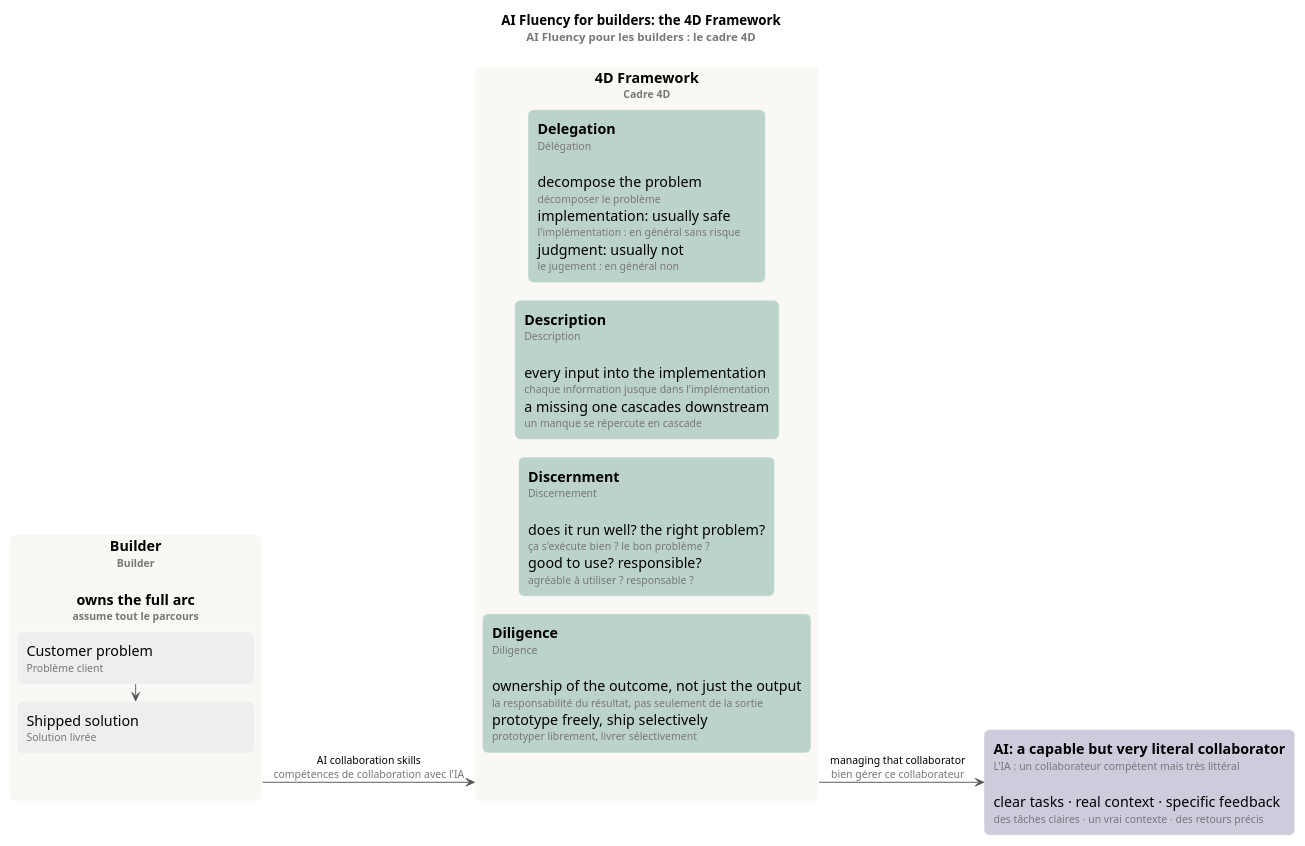
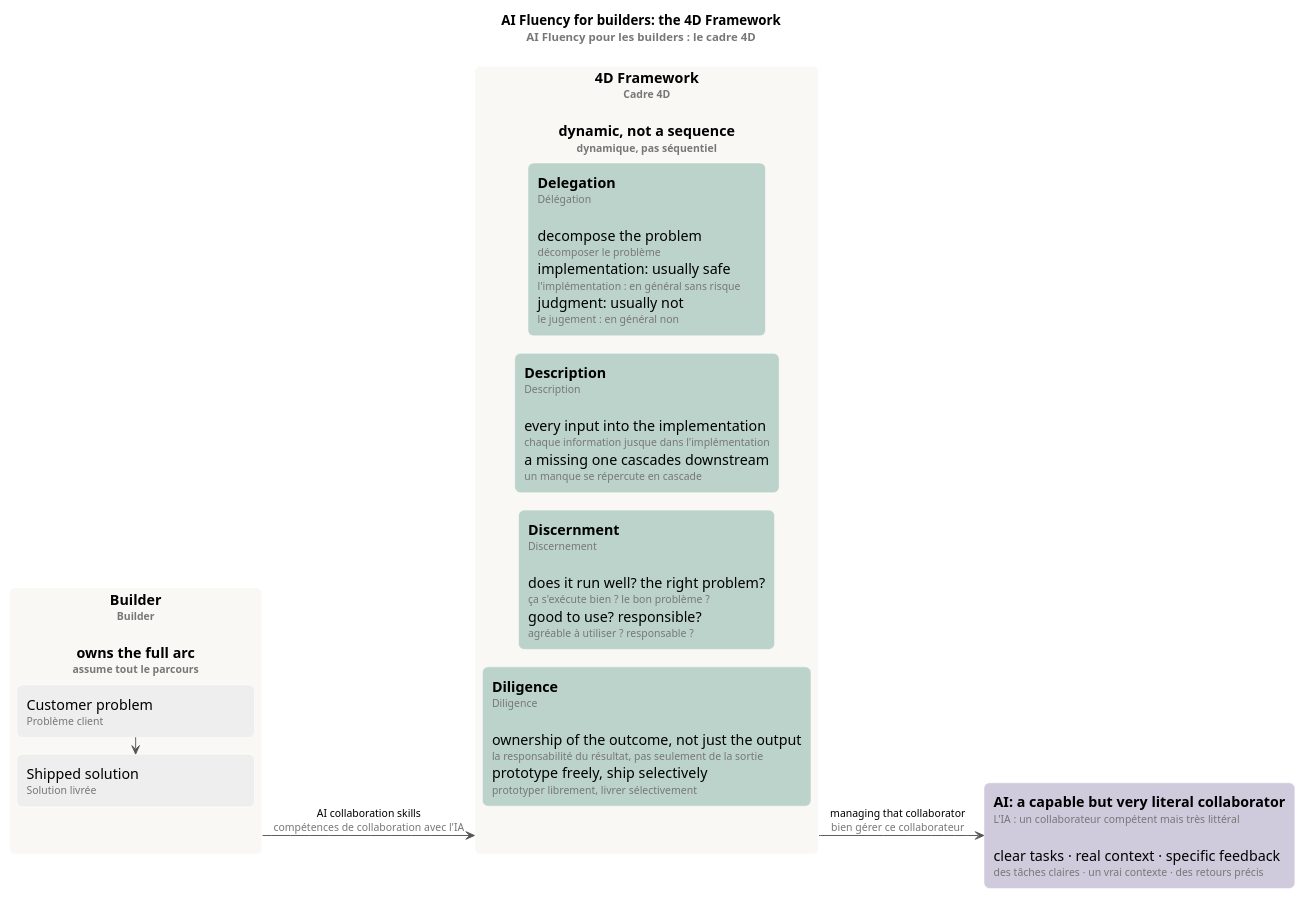
Before and after one commit to ltruchot/anthropic-academy-ai-glossary: the diagram in 02-ai-fluency-for-builders/mindmap/builder-4ds.puml, drawn with PlantUML. The commit also changed 3 other files, not shown here.

```diff
--- a/02-ai-fluency-for-builders/mindmap/builder-4ds.puml
+++ b/02-ai-fluency-for-builders/mindmap/builder-4ds.puml
@@ -1,45 +1,45 @@
 @startuml builder-4ds
 ' Render: java -jar plantuml.jar -tsvg builder-4ds.puml (smetana: no Graphviz needed).
 !pragma layout smetana
 left to right direction
 
 skinparam defaultFontName Helvetica
 skinparam shadowing false
 skinparam roundCorner 12
 skinparam ArrowColor #555555
 skinparam rectangle {
   BorderColor #FFFFFF
   FontSize 15
 }
 <style>
 rectangle {
   MinimumWidth 230
 }
 </style>
 
 title AI Fluency for builders: the 4D Framework\n<size:12><color:#777>AI Fluency pour les builders : le cadre 4D</color></size>
 
 rectangle "**Builder**\n<size:11><color:#777>Builder</color></size>\n\nowns the full arc\n<size:11><color:#777>assume tout le parcours</color></size>" as BUILDER #F9F8F4 {
   rectangle "Customer problem\n<size:11><color:#777>Problème client</color></size>" as PROBLEM #EEEEEE
   rectangle "Shipped solution\n<size:11><color:#777>Solution livrée</color></size>" as SHIPPED #EEEEEE
 }
 
-rectangle "**4D Framework**\n<size:11><color:#777>Cadre 4D</color></size>" as FRAMEWORK #F9F8F4 {
+rectangle "**4D Framework**\n<size:11><color:#777>Cadre 4D</color></size>\n\ndynamic, not a sequence\n<size:11><color:#777>dynamique, pas séquentiel</color></size>" as FRAMEWORK #F9F8F4 {
   rectangle "**Delegation**\n<size:11><color:#777>Délégation</color></size>\n\ndecompose the problem\n<size:11><color:#777>décomposer le problème</color></size>\nimplementation: usually safe\n<size:11><color:#777>l'implémentation : en général sans risque</color></size>\njudgment: usually not\n<size:11><color:#777>le jugement : en général non</color></size>" as DEL #BCD3CB
   rectangle "**Description**\n<size:11><color:#777>Description</color></size>\n\nevery input into the implementation\n<size:11><color:#777>chaque information jusque dans l'implémentation</color></size>\na missing one cascades downstream\n<size:11><color:#777>un manque se répercute en cascade</color></size>" as DES #BCD3CB
   rectangle "**Discernment**\n<size:11><color:#777>Discernement</color></size>\n\ndoes it run well? the right problem?\n<size:11><color:#777>ça s'exécute bien ? le bon problème ?</color></size>\ngood to use? responsible?\n<size:11><color:#777>agréable à utiliser ? responsable ?</color></size>" as DIS #BCD3CB
   rectangle "**Diligence**\n<size:11><color:#777>Diligence</color></size>\n\nownership of the outcome, not just the output\n<size:11><color:#777>la responsabilité du résultat, pas seulement de la sortie</color></size>\nprototype freely, ship selectively\n<size:11><color:#777>prototyper librement, livrer sélectivement</color></size>" as DIL #BCD3CB
 }
 
 rectangle "**AI: a capable but very literal collaborator**\n<size:11><color:#777>L'IA : un collaborateur compétent mais très littéral</color></size>\n\nclear tasks · real context · specific feedback\n<size:11><color:#777>des tâches claires · un vrai contexte · des retours précis</color></size>" as AI #CFCBDD
 
 ' Left to right: "left" stacks downward, "down" places side by side.
 PROBLEM -left-> SHIPPED
 DEL -[hidden]left- DES
 DES -[hidden]left- DIS
 DIS -[hidden]left- DIL
 
 BUILDER --> FRAMEWORK : <size:11>AI collaboration skills</size>\n<size:11><color:#777>compétences de collaboration avec l'IA</color></size>
 FRAMEWORK --> AI : <size:11>managing that collaborator</size>\n<size:11><color:#777>bien gérer ce collaborateur</color></size>
 
 @enduml
```
